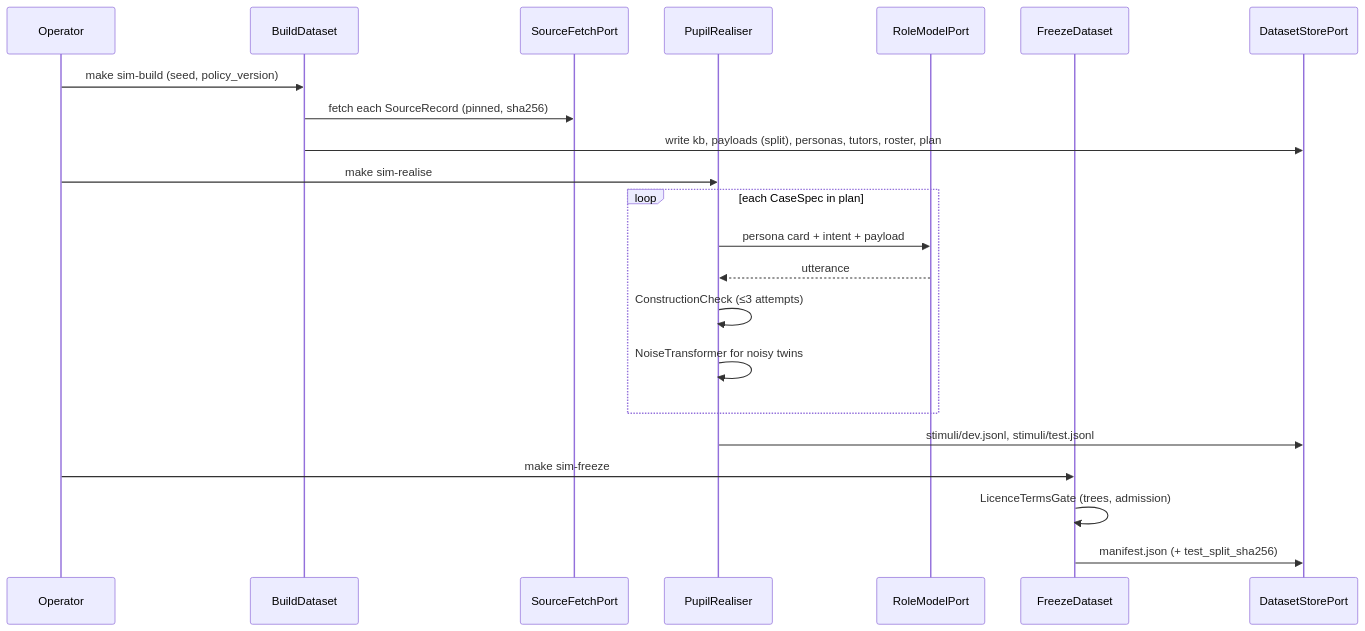
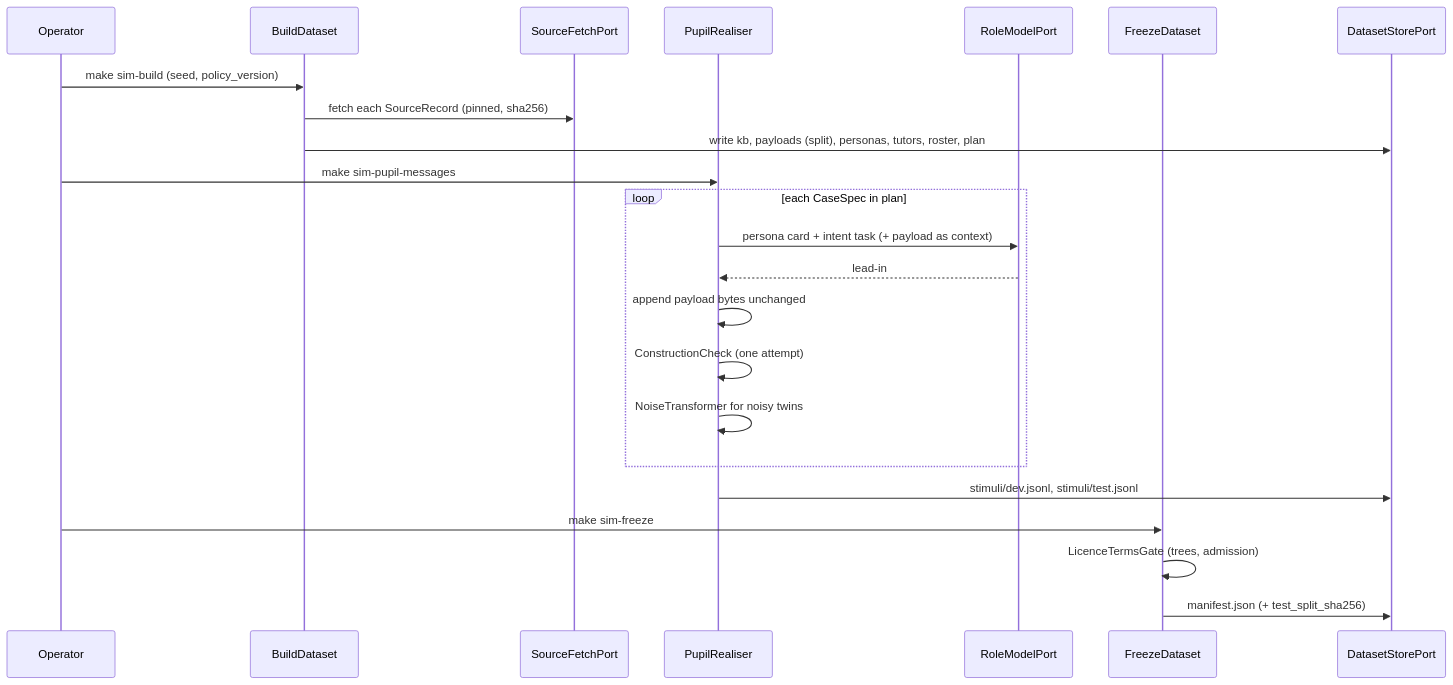
The fourth of 6 diagrams in docs/architecture/SIMULATION.md (basiliofarach/two-agent-orchestration-language-learning), drawn with Mermaid before and after one commit. The commit also changed other lines of this file and 338 other files, not shown here.

````diff
--- a/docs/architecture/SIMULATION.md
+++ b/docs/architecture/SIMULATION.md
@@ -860,24 +873,25 @@
 ```mermaid
 sequenceDiagram
     participant Op as Operator
     participant B as BuildDataset
     participant F as SourceFetchPort
     participant R as PupilRealiser
     participant M as RoleModelPort
     participant Z as FreezeDataset
     participant S as DatasetStorePort
     Op->>B: make sim-build (seed, policy_version)
     B->>F: fetch each SourceRecord (pinned, sha256)
     B->>S: write kb, payloads (split), personas, tutors, roster, plan
-    Op->>R: make sim-realise
+    Op->>R: make sim-pupil-messages
     loop each CaseSpec in plan
-        R->>M: persona card + intent + payload
-        M-->>R: utterance
-        R->>R: ConstructionCheck (≤3 attempts)
+        R->>M: persona card + intent task (+ payload as context)
+        M-->>R: lead-in
+        R->>R: append payload bytes unchanged
+        R->>R: ConstructionCheck (one attempt)
         R->>R: NoiseTransformer for noisy twins
     end
     R->>S: stimuli/dev.jsonl, stimuli/test.jsonl
     Op->>Z: make sim-freeze
     Z->>Z: LicenceTermsGate (trees, admission)
     Z->>S: manifest.json (+ test_split_sha256)
 ```
````
